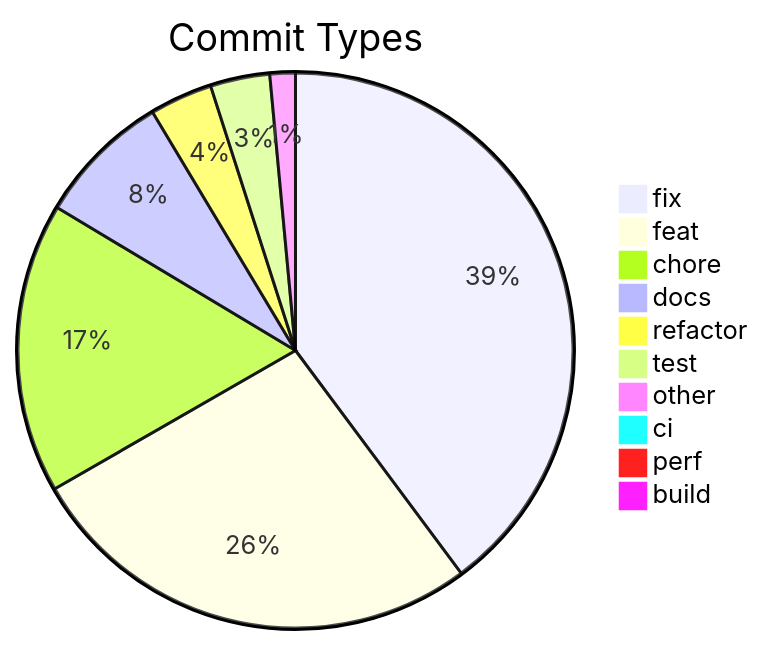
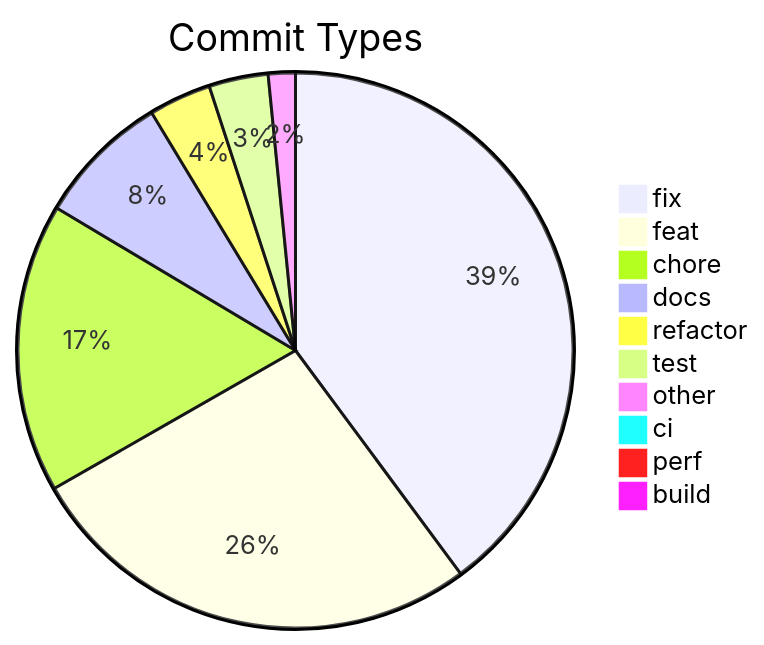
One commit to svenroth-ai/shipwright-webui changed the diagram in .shipwright/compliance/change-history.md. Above: the diagram before and after it, drawn with Mermaid. The commit also changed other lines of this file and 23 other files, not shown here.

````diff
--- a/.shipwright/compliance/change-history.md
+++ b/.shipwright/compliance/change-history.md
@@ -10,13 +10,13 @@
 ```mermaid
 pie title Commit Types
-    "fix" : 403
-    "feat" : 272
+    "fix" : 405
+    "feat" : 273
     "chore" : 171
     "docs" : 79
     "refactor" : 37
     "test" : 35
-    "other" : 15
+    "other" : 16
     "ci" : 8
     "perf" : 5
     "build" : 2
 ```
````
